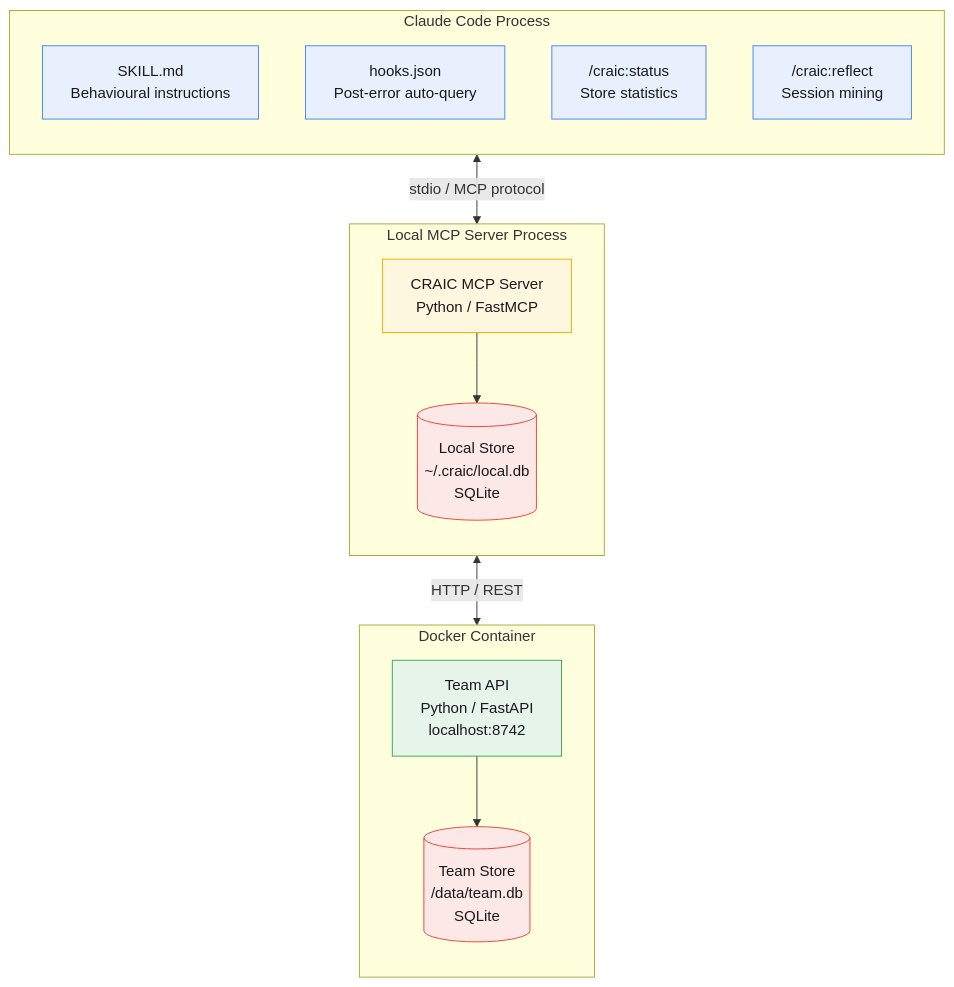
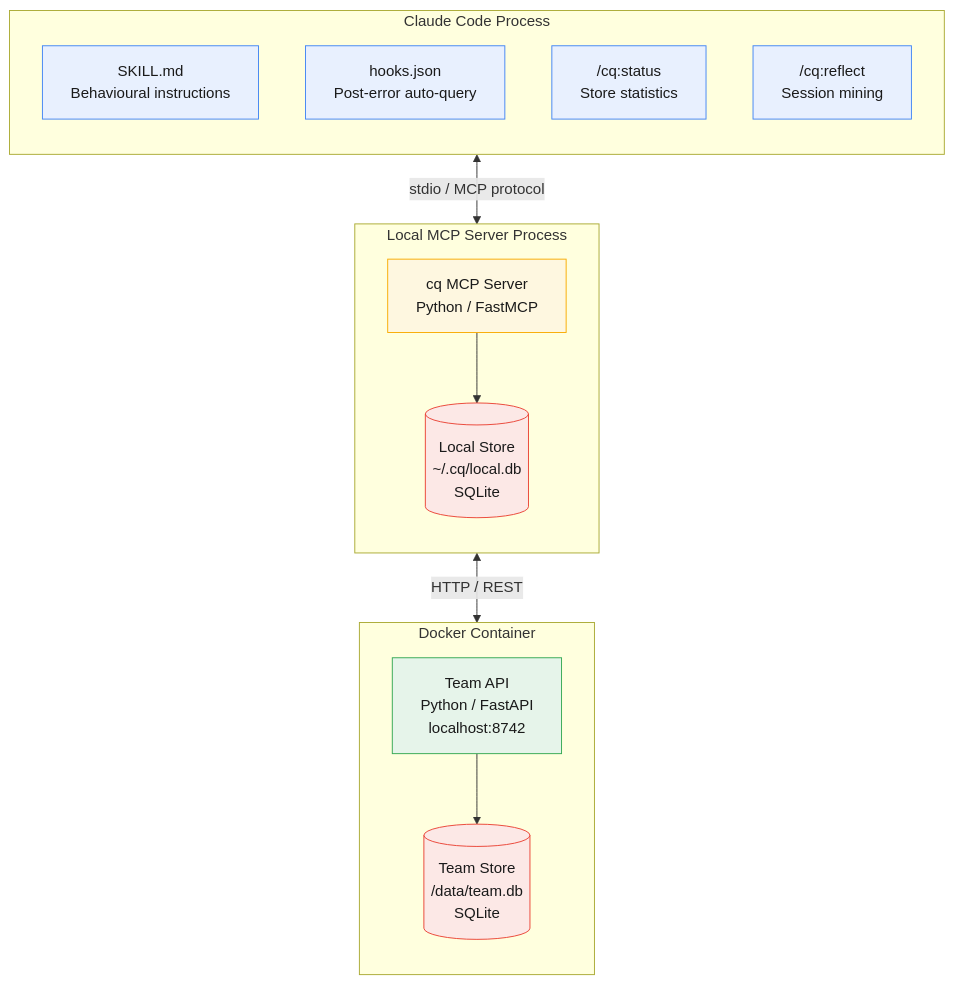
One commit to Aiven-Labs/cq changed the diagram in README.md. Above: the diagram before and after it, drawn with Mermaid. The commit also changed other lines of this file and 46 other files, not shown here.

````diff
--- a/README.md
+++ b/README.md
@@ -88,37 +86,37 @@
 ```mermaid
 flowchart TB
     subgraph cc["Claude Code Process"]
         direction TB
         skill["SKILL.md\nBehavioural instructions"]
         hook["hooks.json\nPost-error auto-query"]
-        cmd_status["/craic:status\nStore statistics"]
-        cmd_reflect["/craic:reflect\nSession mining"]
+        cmd_status["/cq:status\nStore statistics"]
+        cmd_reflect["/cq:reflect\nSession mining"]
     end
 
     subgraph mcp["Local MCP Server Process"]
         direction TB
-        server["CRAIC MCP Server\nPython / FastMCP"]
-        local_db[("Local Store\n~/.craic/local.db\nSQLite")]
+        server["cq MCP Server\nPython / FastMCP"]
+        local_db[("Local Store\n~/.cq/local.db\nSQLite")]
         server --> local_db
     end
 
     subgraph docker["Docker Container"]
         direction TB
         api["Team API\nPython / FastAPI\nlocalhost:8742"]
         team_db[("Team Store\n/data/team.db\nSQLite")]
         api --> team_db
     end
 
     cc <-->|"stdio / MCP protocol"| mcp
     mcp <-->|"HTTP / REST"| docker
 
     classDef ccStyle fill:#e8f0fe,stroke:#4285f4,color:#1a1a1a
     classDef mcpStyle fill:#fef7e0,stroke:#f9ab00,color:#1a1a1a
     classDef dockerStyle fill:#e6f4ea,stroke:#34a853,color:#1a1a1a
     classDef dbStyle fill:#fce8e6,stroke:#ea4335,color:#1a1a1a
 
     class skill,hook,cmd_status,cmd_reflect ccStyle
     class server mcpStyle
     class api dockerStyle
     class local_db,team_db dbStyle
 ```
````
